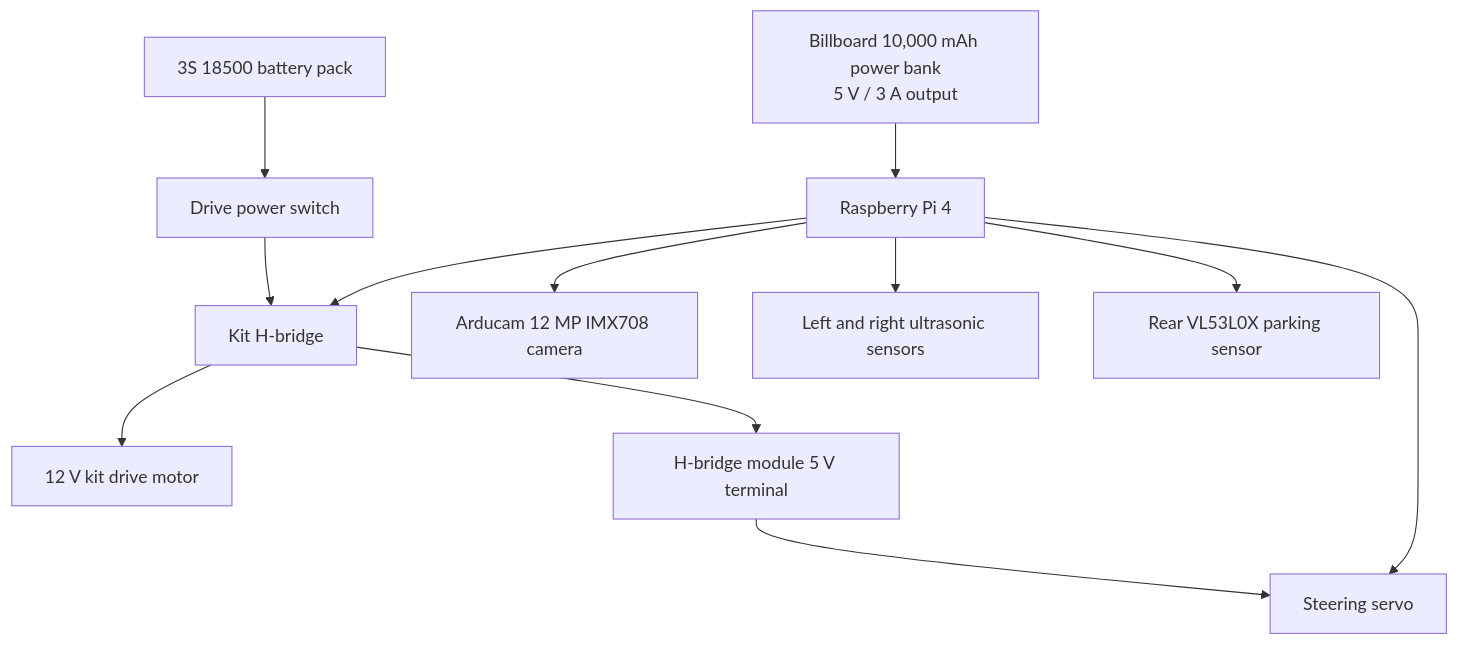
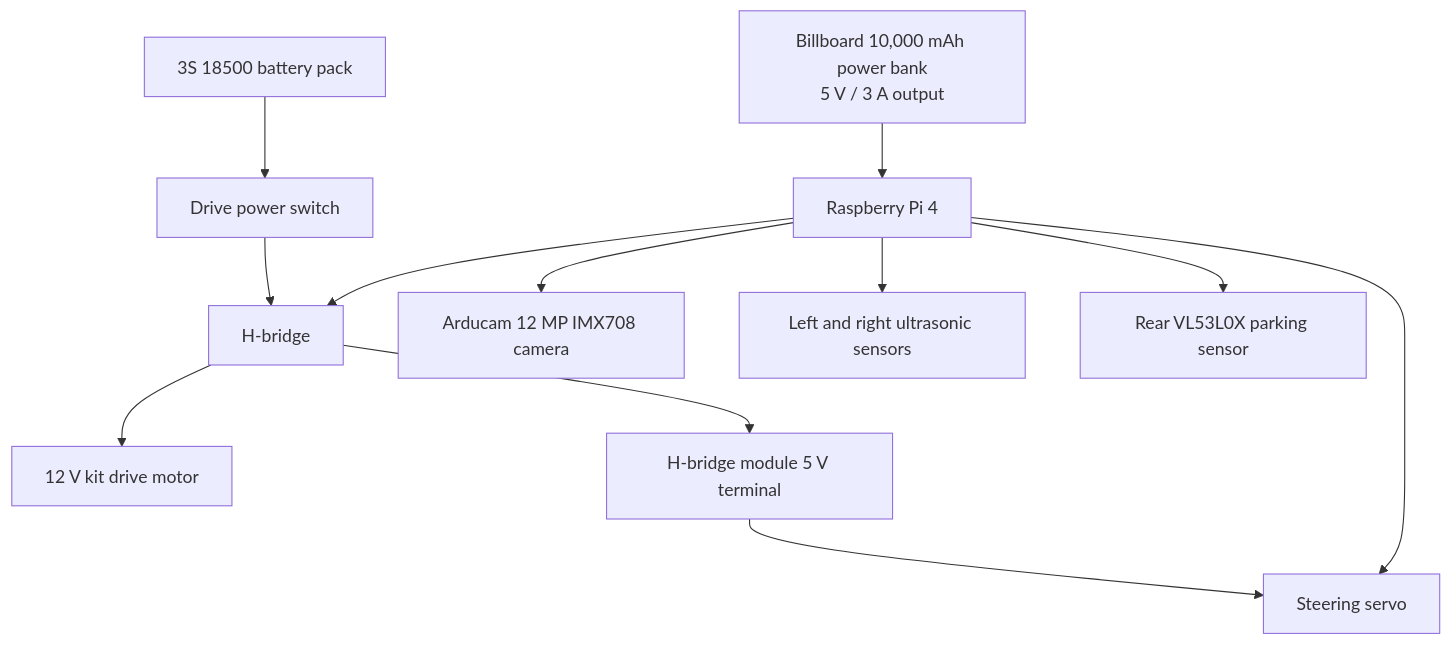
The first of 2 diagrams in README.md (AlmaAlkhader/WRO2026-FE-Sunbird-Nomads), drawn with Mermaid before and after one commit. The commit also changed other lines of this file, not shown here.

Commit message:
Simplify H-bridge labeling

````diff
--- a/README.md
+++ b/README.md
@@ -225,15 +225,15 @@
 ```mermaid
 flowchart TD
     B["3S 18500 battery pack"] --> S1["Drive power switch"]
-    S1 --> H["Kit H-bridge"]
+    S1 --> H["H-bridge"]
     H --> M["12 V kit drive motor"]
     H --> V5["H-bridge module 5 V terminal"]
     V5 --> SV["Steering servo"]
 
     PB["Billboard 10,000 mAh power bank<br/>5 V / 3 A output"] --> PI["Raspberry Pi 4"]
     PI --> CAM["Arducam 12 MP IMX708 camera"]
     PI --> US["Left and right ultrasonic sensors"]
     PI --> TOF["Rear VL53L0X parking sensor"]
     PI --> H
     PI --> SV
 ```
````
